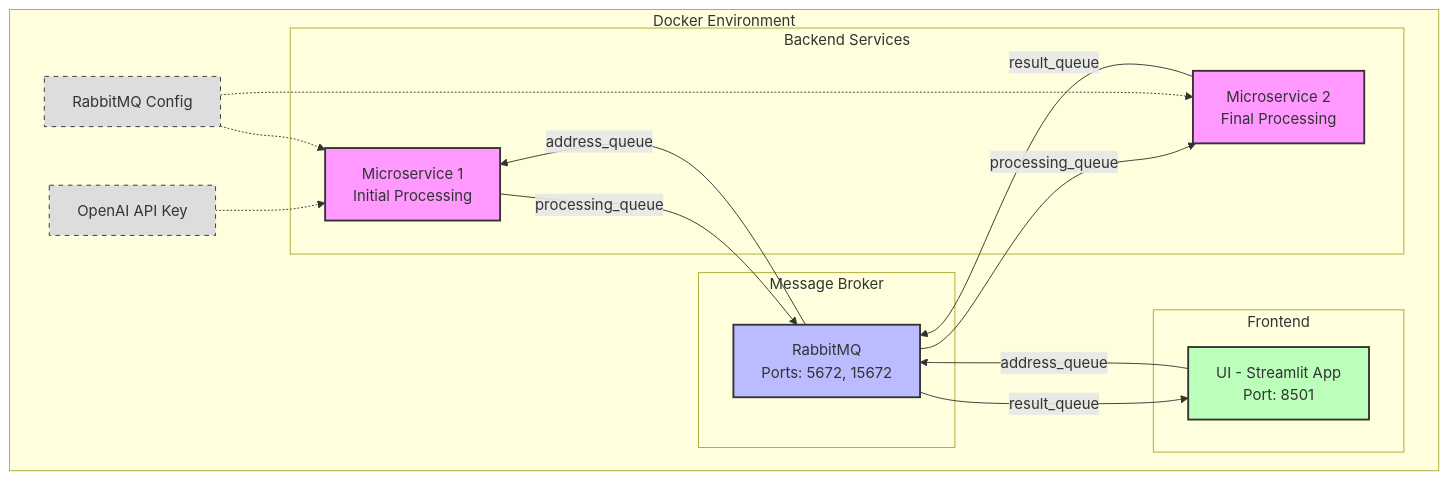
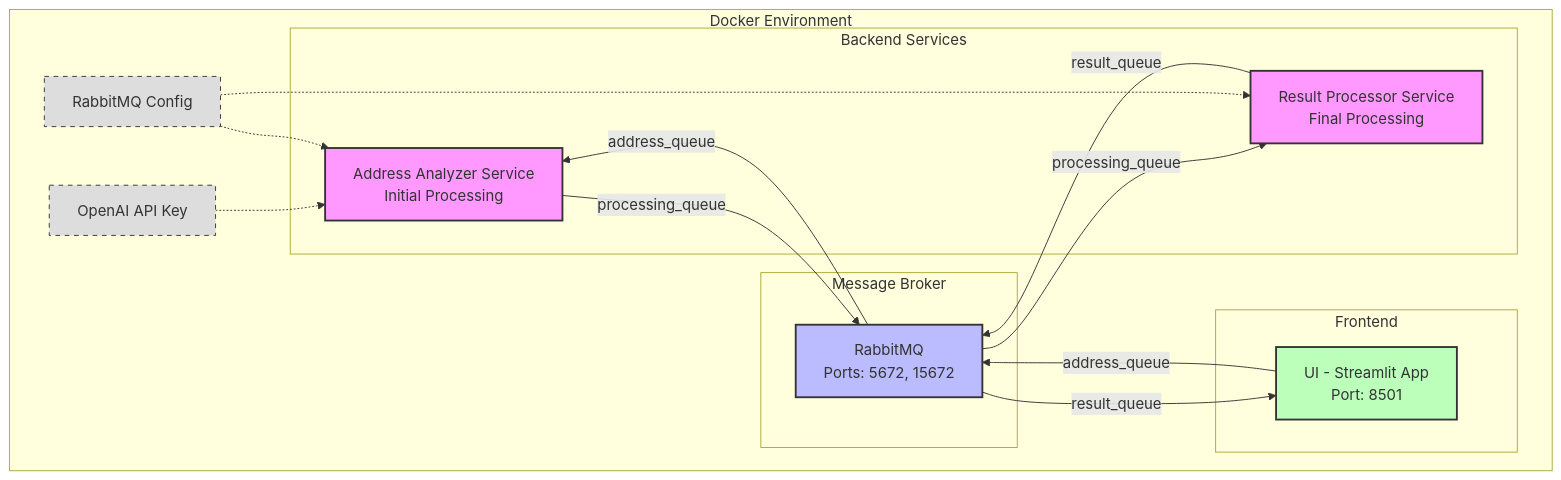
The diagram in doc/images/component-diagram.mermaid (dsenften/BiscuITs), drawn with Mermaid before and after one commit. The commit also changed 19 other files, not shown here.

```diff
--- a/doc/images/component-diagram.mermaid
+++ b/doc/images/component-diagram.mermaid
@@ -1,41 +1,41 @@
 graph TB
     subgraph Docker Environment
         subgraph Frontend
             UI[UI - Streamlit App<br/>Port: 8501]
         end
 
         subgraph Message Broker
             RMQ[RabbitMQ<br/>Ports: 5672, 15672]
         end
 
         subgraph Backend Services
-            MS1[Microservice 1<br/>Initial Processing]
-            MS2[Microservice 2<br/>Final Processing]
+            MS1[Address Analyzer Service<br/>Initial Processing]
+            MS2[Result Processor Service<br/>Final Processing]
         end
 
         %% Connections
         UI -->|address_queue| RMQ
         RMQ -->|result_queue| UI
         RMQ -->|address_queue| MS1
         MS1 -->|processing_queue| RMQ
         RMQ -->|processing_queue| MS2
         MS2 -->|result_queue| RMQ
 
         %% Environment configurations
         ENV1[OpenAI API Key]
         ENV2[RabbitMQ Config]
         ENV1 -.-> MS1
         ENV2 -.-> MS1
         ENV2 -.-> MS2
     end
 
     %% Styling
     classDef service fill:#f9f,stroke:#333,stroke-width:2px
     classDef broker fill:#bbf,stroke:#333,stroke-width:2px
     classDef ui fill:#bfb,stroke:#333,stroke-width:2px
     classDef env fill:#ddd,stroke:#333,stroke-width:1px,stroke-dasharray: 5 5
 
     class MS1,MS2 service
     class RMQ broker
     class UI ui
     class ENV1,ENV2 env
```
